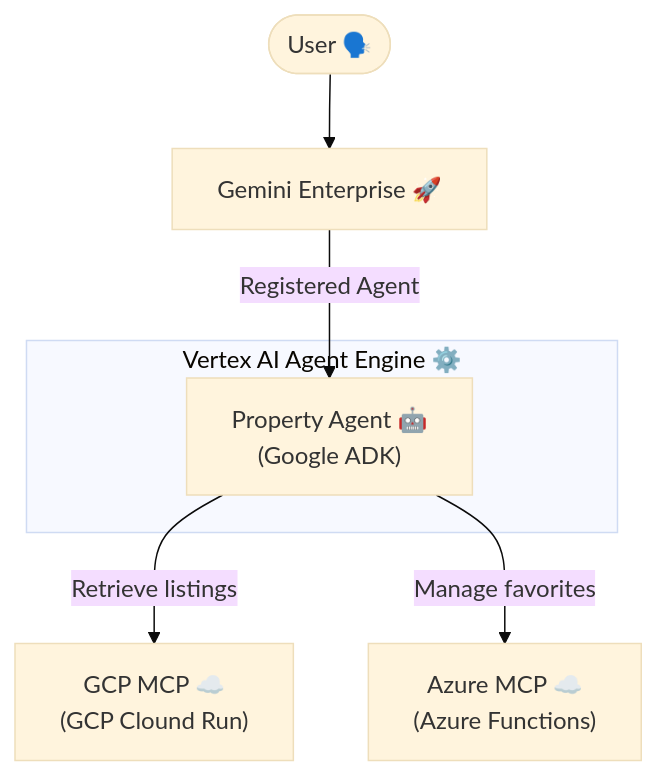
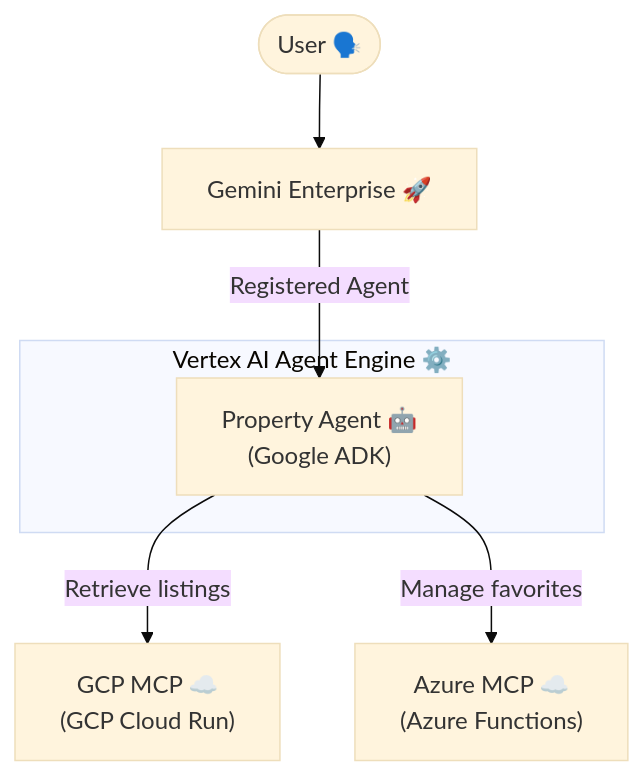
Before and after one commit to hning86/jll_demo: the first of 2 diagrams in README.md, drawn with Mermaid (base theme).

Commit message:
docs: fix typo in Cloud Run label

````diff
--- a/README.md
+++ b/README.md
@@ -17,12 +17,12 @@
 ```mermaid
 graph TD
     User(["User 🗣️"]) --> GE["Gemini Enterprise 🚀"]
     
     subgraph VAAE ["Vertex AI Agent Engine ⚙️"]
         PA["Property Agent 🤖 <br/> (Google ADK)"]
     end
 
     GE -- "Registered Agent" --> PA
-    PA -->|Retrieve listings| GCP["GCP MCP ☁️ <br/> (GCP Clound Run)"]
+    PA -->|Retrieve listings| GCP["GCP MCP ☁️ <br/> (GCP Cloud Run)"]
     PA -->|Manage favorites| AZ["Azure MCP ☁️ <br/> (Azure Functions)"]
 ```
````
